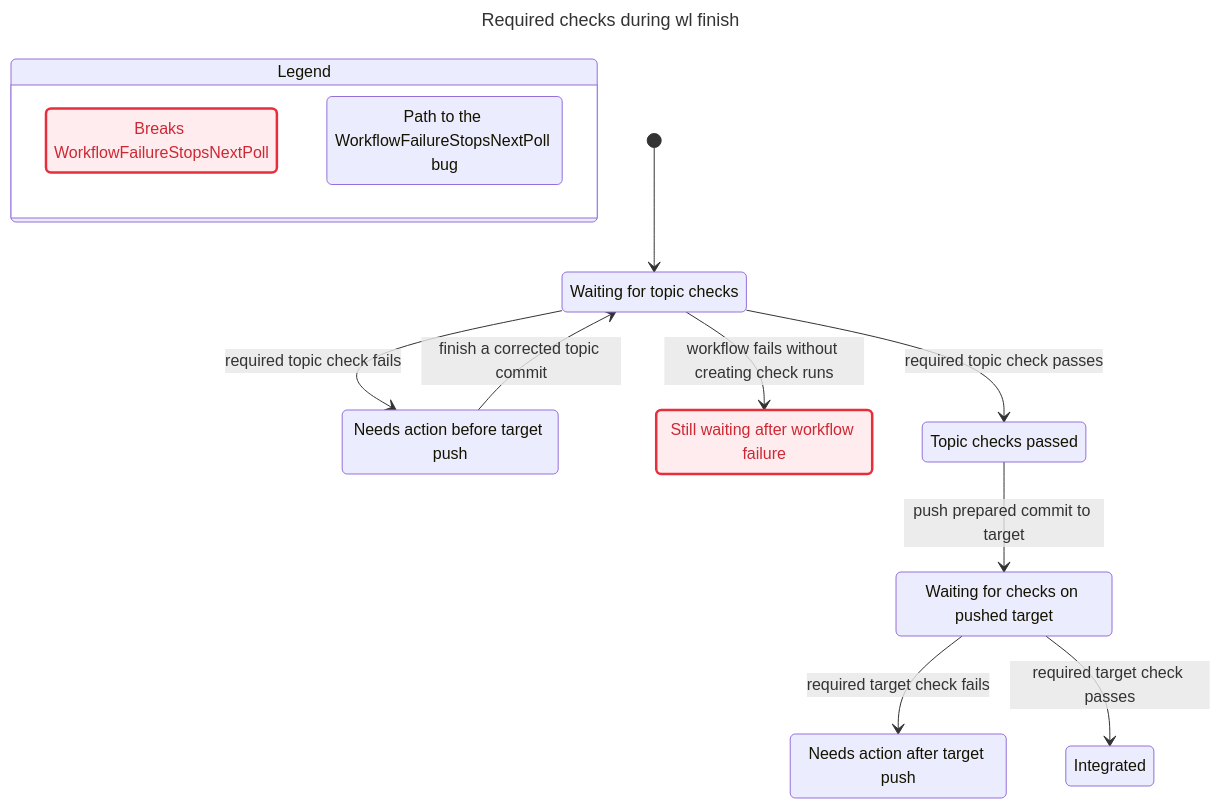
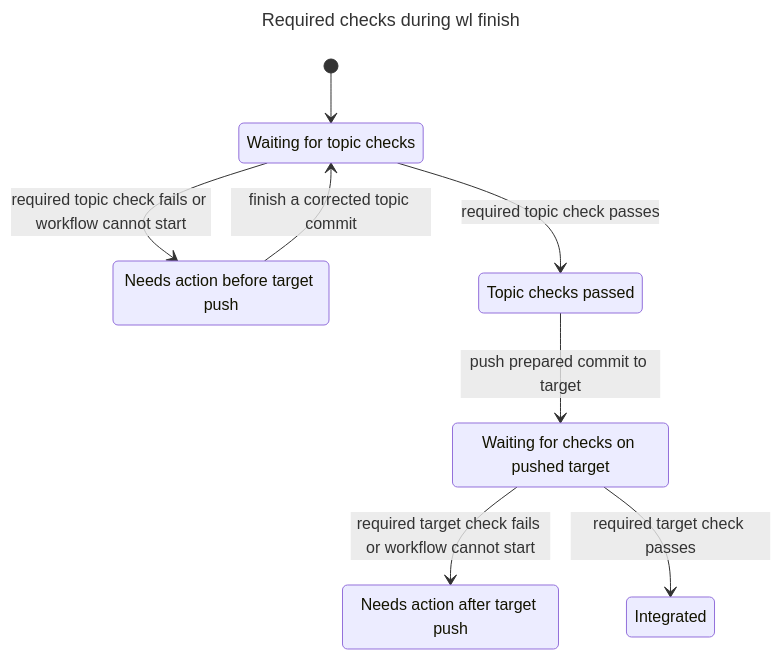
The diagram in docs/lifecycle-required-checks.mmd (yasuyuki/workspace-lifecycle-native), drawn with Mermaid before and after one commit. The commit also changed 8 other files, not shown here.

First line of the commit message:
Model and drive the failed-suite stop for required checks

```diff
--- a/docs/lifecycle-required-checks.mmd
+++ b/docs/lifecycle-required-checks.mmd
@@ -1,29 +1,17 @@
 ---
 title: "Required checks during wl finish"
 ---
 stateDiagram-v2
-  state "Legend" as legend {
-    lg0: Breaks WorkflowFailureStopsNextPoll
-    lg1: Path to the WorkflowFailureStopsNextPoll bug
-  }
-  class lg0 breaks
-  class lg1 bugPath
   s0: Waiting for topic checks
   s1: Needs action before target push
-  s2: Still waiting after workflow failure
-  s3: Topic checks passed
-  s4: Waiting for checks on pushed target
-  s5: Needs action after target push
-  s6: Integrated
+  s2: Topic checks passed
+  s3: Waiting for checks on pushed target
+  s4: Needs action after target push
+  s5: Integrated
   [*] --> s0
-  s0 --> s1: required topic check fails
-  s0 --> s2: workflow fails without creating check runs
-  s0 --> s3: required topic check passes
+  s0 --> s1: required topic check fails or workflow cannot start
+  s0 --> s2: required topic check passes
   s1 --> s0: finish a corrected topic commit
-  s3 --> s4: push prepared commit to target
-  s4 --> s5: required target check fails
-  s4 --> s6: required target check passes
-  classDef breaks fill:#ffecee,stroke:#e72e3b,stroke-width:2.5px,color:#cd2834
-  class s0 bugPath
-  class s2 breaks
-  class s2 bugPath
+  s2 --> s3: push prepared commit to target
+  s3 --> s4: required target check fails or workflow cannot start
+  s3 --> s5: required target check passes
```
